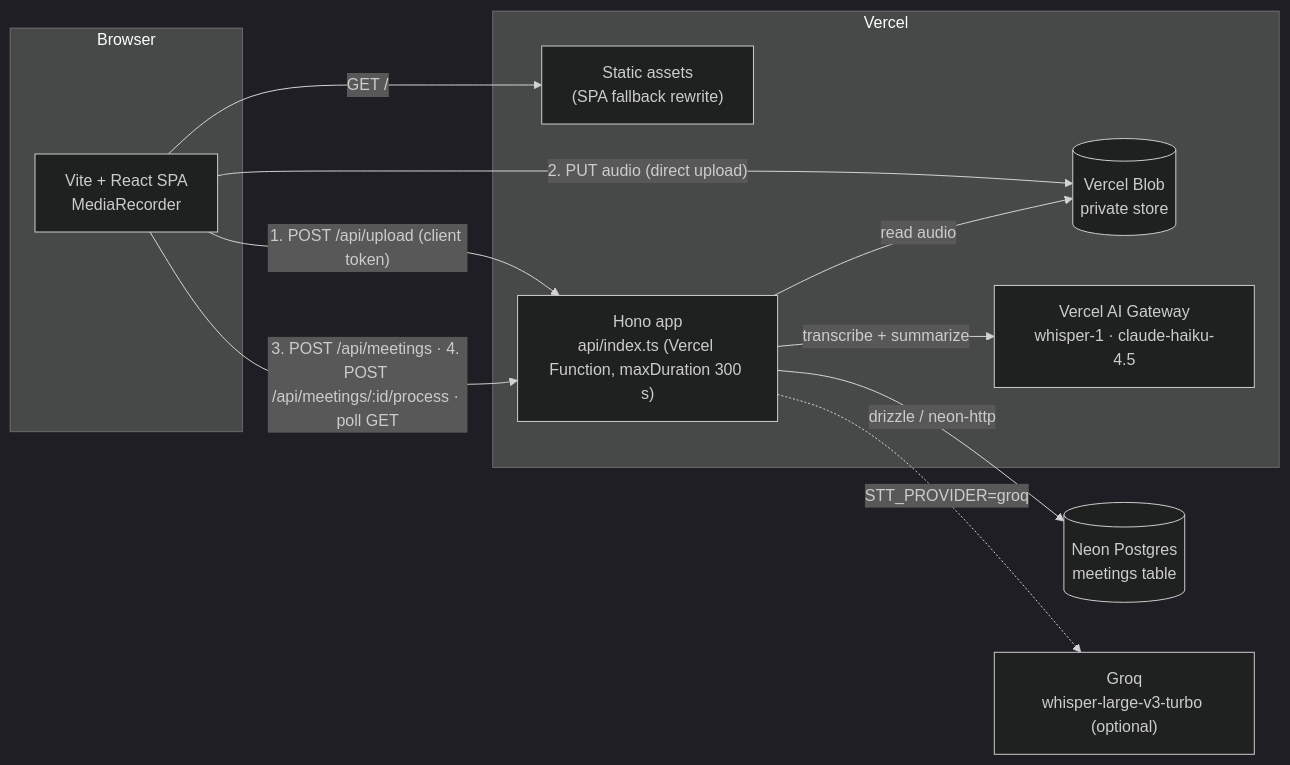
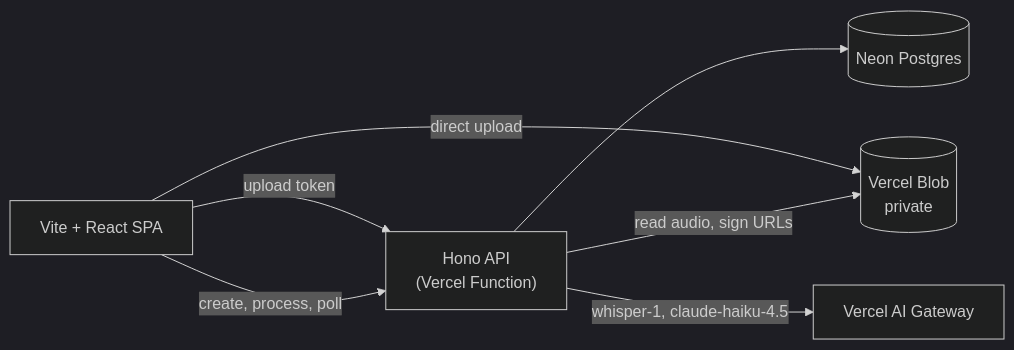
One commit to fyvfyv/fireflies changed the diagram in README.md. Above: the diagram before and after it, drawn with Mermaid (dark theme). The commit also changed other lines of this file and 187 other files, not shown here.

````diff
--- a/README.md
+++ b/README.md
@@ -56,23 +40,9 @@
 ```mermaid
 flowchart LR
-  subgraph Browser
-    SPA["Vite + React SPA<br/>MediaRecorder"]
-  end
-  subgraph Vercel
-    Static["Static assets<br/>(SPA fallback rewrite)"]
-    API["Hono app<br/>api/index.ts (Vercel Function, maxDuration 300 s)"]
-    Blob[("Vercel Blob<br/>private store")]
-    Gateway["Vercel AI Gateway<br/>whisper-1 · claude-haiku-4.5"]
-  end
-  Neon[("Neon Postgres<br/>meetings table")]
-  Groq["Groq<br/>whisper-large-v3-turbo (optional)"]
-
-  SPA -- "GET /" --> Static
-  SPA -- "1. POST /api/upload (client token)" --> API
-  SPA -- "2. PUT audio (direct upload)" --> Blob
-  SPA -- "3. POST /api/meetings · 4. POST /api/meetings/:id/process · poll GET" --> API
-  API -- drizzle / neon-http --> Neon
-  API -- "read audio" --> Blob
-  API -- "transcribe + summarize" --> Gateway
-  API -. "STT_PROVIDER=groq" .-> Groq
+  SPA["Vite + React SPA"] -- "upload token" --> API["Hono API<br/>(Vercel Function)"]
+  SPA -- "direct upload" --> Blob[("Vercel Blob<br/>private")]
+  SPA -- "create, process, poll" --> API
+  API --> Neon[("Neon Postgres")]
+  API -- "read audio, sign URLs" --> Blob
+  API -- "whisper-1, claude-haiku-4.5" --> Gateway["Vercel AI Gateway"]
 ```
````
